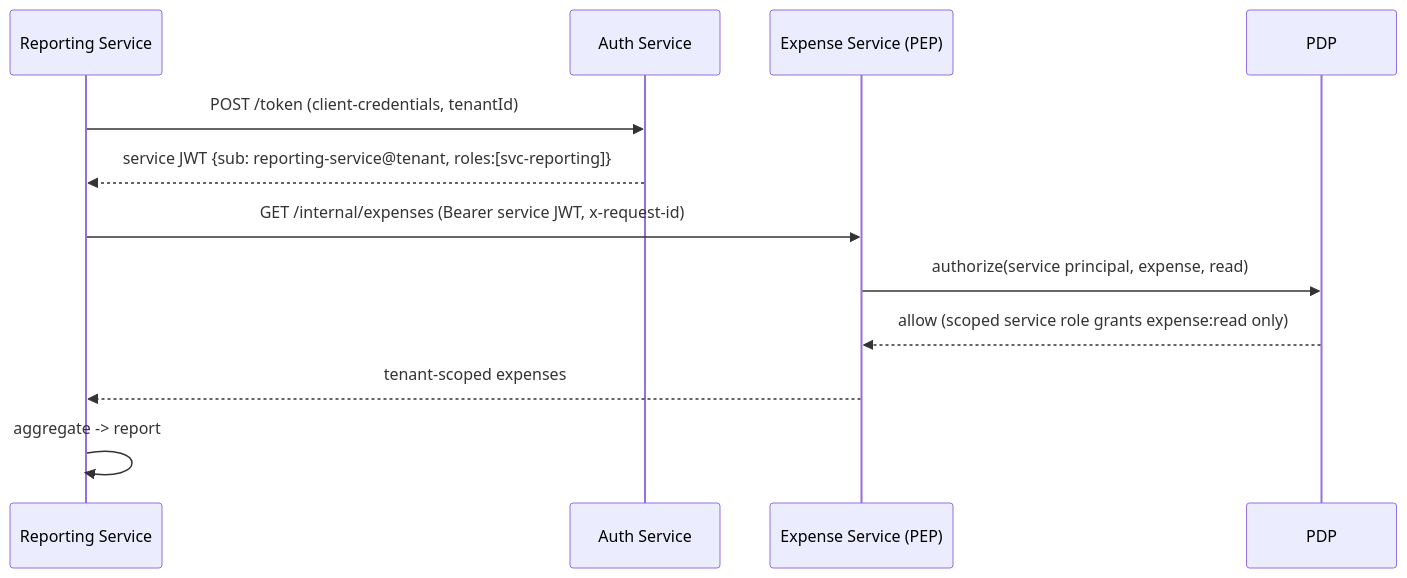
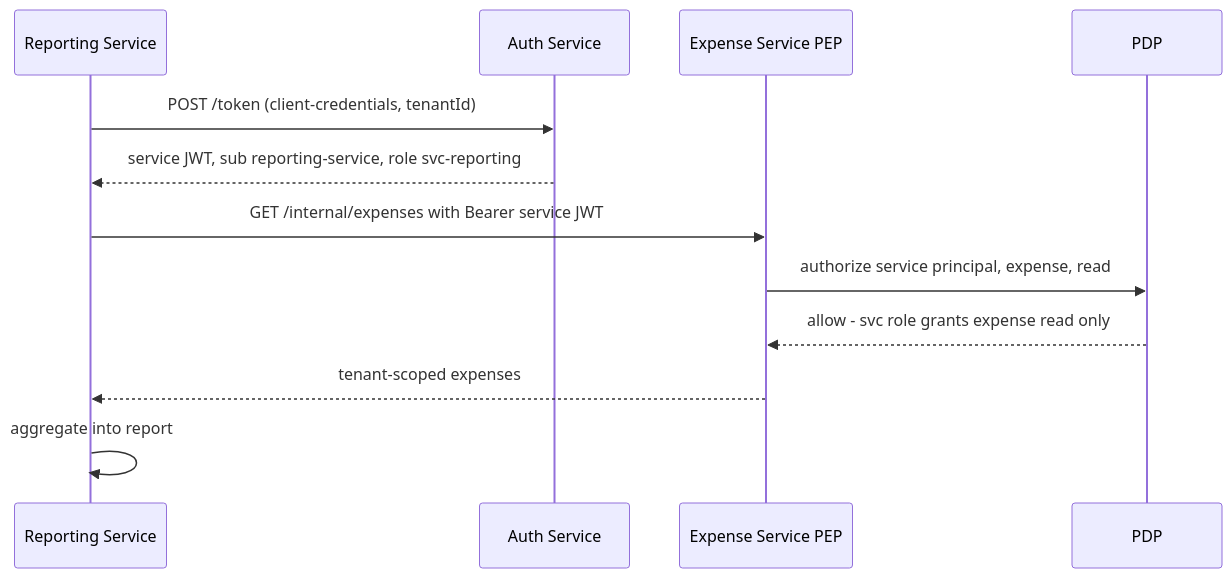
The fifth of 7 diagrams in docs/DESIGN.md (deepansh2908/access-management-system), drawn with Mermaid before and after one commit. The commit also changed other lines of this file and 1 other file, not shown here.

First line of the commit message:
docs: simplify Mermaid diagrams so GitHub renders them

````diff
--- a/docs/DESIGN.md
+++ b/docs/DESIGN.md
@@ -343,15 +346,14 @@
 ```mermaid
 sequenceDiagram
   participant R as Reporting Service
   participant A as Auth Service
-  participant E as Expense Service (PEP)
+  participant E as Expense Service PEP
   participant P as PDP
-
   R->>A: POST /token (client-credentials, tenantId)
-  A-->>R: service JWT {sub: reporting-service@tenant, roles:[svc-reporting]}
-  R->>E: GET /internal/expenses (Bearer service JWT, x-request-id)
-  E->>P: authorize(service principal, expense, read)
-  P-->>E: allow (scoped service role grants expense:read only)
+  A-->>R: service JWT, sub reporting-service, role svc-reporting
+  R->>E: GET /internal/expenses with Bearer service JWT
+  E->>P: authorize service principal, expense, read
+  P-->>E: allow - svc role grants expense read only
   E-->>R: tenant-scoped expenses
-  R->>R: aggregate -> report
+  R->>R: aggregate into report
 ```
````
